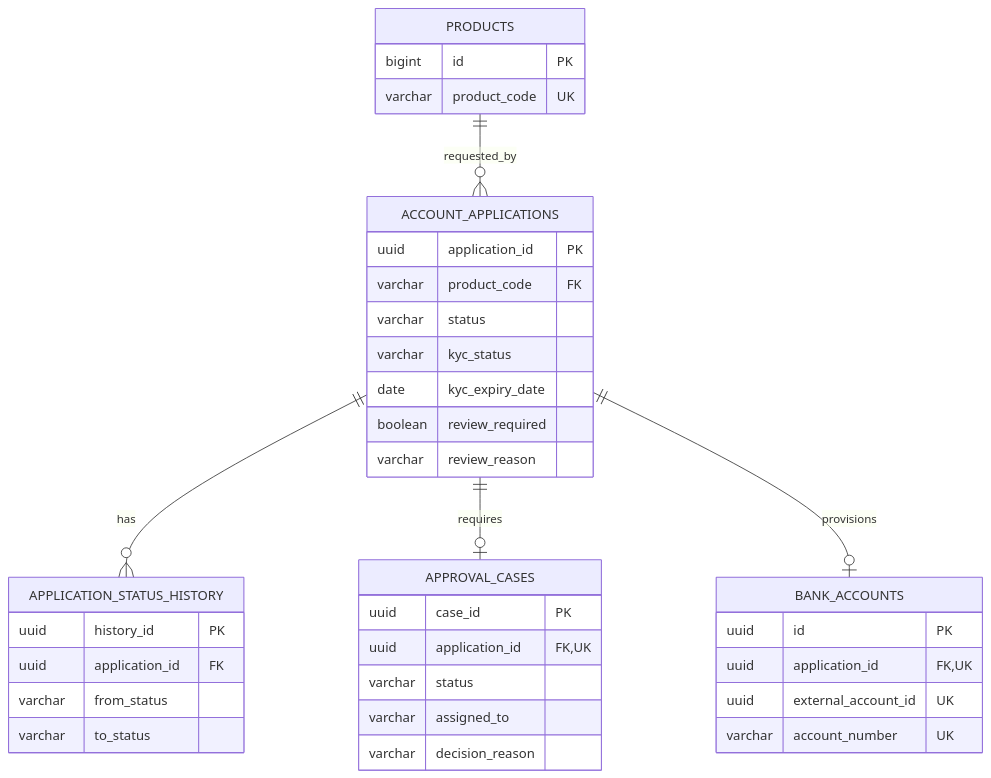
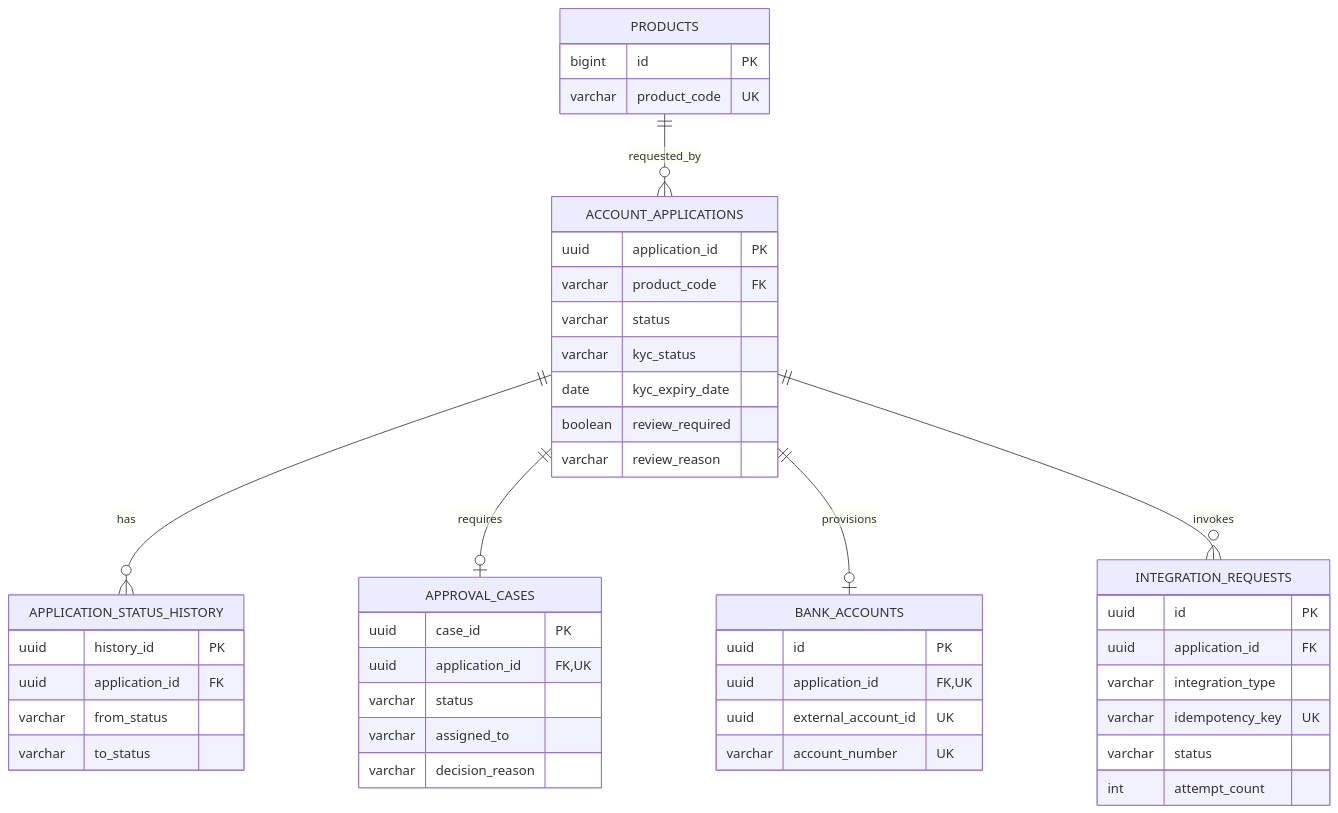
The diagram in docs/data-design.md (Mikokoomi/digital-account-opening), drawn with Mermaid before and after one commit. The commit also changed other lines of this file and 31 other files, not shown here.

````diff
--- a/docs/data-design.md
+++ b/docs/data-design.md
@@ -5,29 +5,36 @@
 ```mermaid
 erDiagram
     PRODUCTS ||--o{ ACCOUNT_APPLICATIONS : requested_by
     ACCOUNT_APPLICATIONS ||--o{ APPLICATION_STATUS_HISTORY : has
     ACCOUNT_APPLICATIONS ||--o| APPROVAL_CASES : requires
     ACCOUNT_APPLICATIONS ||--o| BANK_ACCOUNTS : provisions
+    ACCOUNT_APPLICATIONS ||--o{ INTEGRATION_REQUESTS : invokes
     PRODUCTS { bigint id PK
                varchar product_code UK }
     ACCOUNT_APPLICATIONS { uuid application_id PK
                            varchar product_code FK
                            varchar status
                            varchar kyc_status
                            date kyc_expiry_date
                            boolean review_required
                            varchar review_reason }
     APPLICATION_STATUS_HISTORY { uuid history_id PK
                                  uuid application_id FK
                                  varchar from_status
                                  varchar to_status }
     APPROVAL_CASES { uuid case_id PK
                      uuid application_id FK,UK
                      varchar status
                      varchar assigned_to
                      varchar decision_reason }
     BANK_ACCOUNTS { uuid id PK
                     uuid application_id FK,UK
                     uuid external_account_id UK
                     varchar account_number UK }
+    INTEGRATION_REQUESTS { uuid id PK
+                           uuid application_id FK
+                           varchar integration_type
+                           varchar idempotency_key UK
+                           varchar status
+                           int attempt_count }
 ```
````
